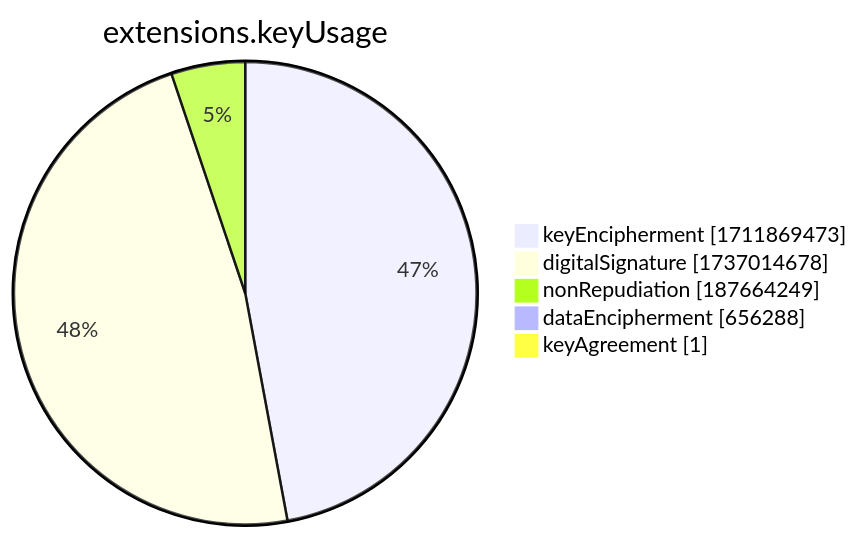
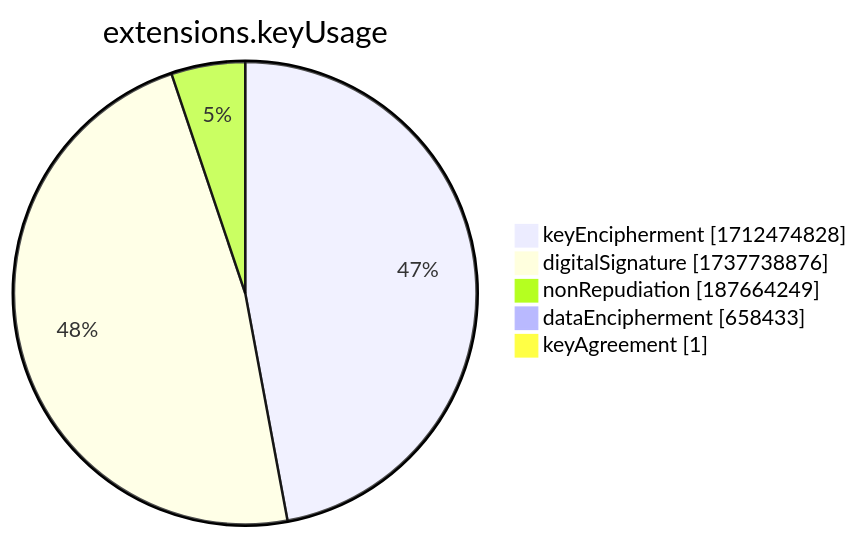
One commit to christiankrug/ctmonitor_visualization changed the seventh of 15 diagrams in xenon2022/README.md. Above: the diagram before and after it, drawn with Mermaid. The commit also changed other lines of this file, not shown here.

````diff
--- a/xenon2022/README.md
+++ b/xenon2022/README.md
@@ -2858,9 +2858,9 @@
 ```mermaid
 pie showData
 title extensions.keyUsage
-"keyEncipherment" :1711869473
-"digitalSignature" :1737014678
+"keyEncipherment" :1712474828
+"digitalSignature" :1737738876
 "nonRepudiation" :187664249
-"dataEncipherment" :656288
+"dataEncipherment" :658433
 "keyAgreement" :1
 ```
````
